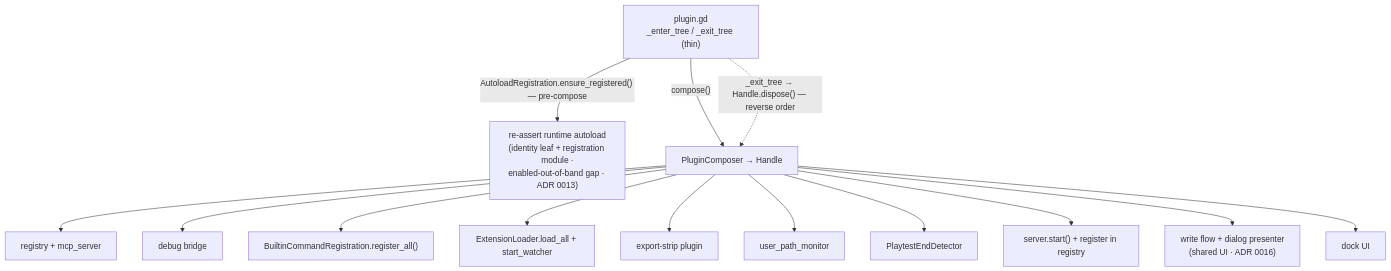
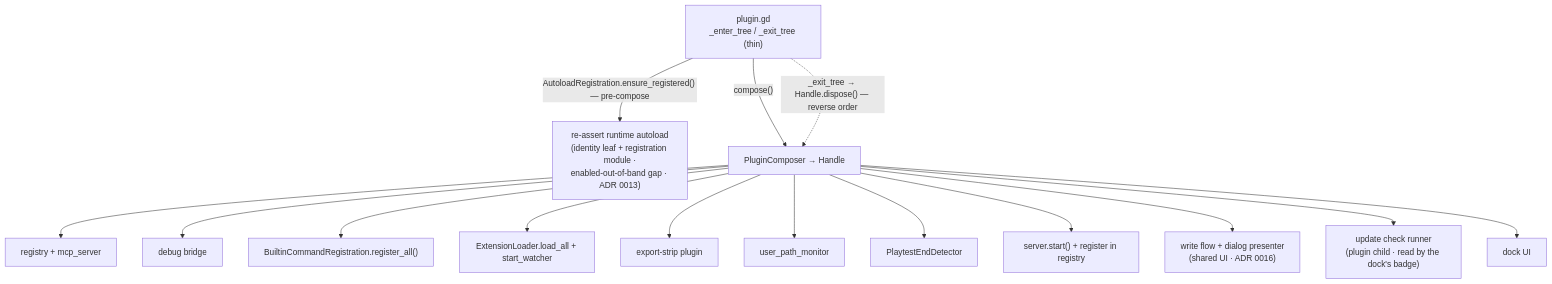
The tenth of 13 diagrams in docs/architecture/README.md (NPGameDev/godot-mcp-toolkit), drawn with Mermaid before and after one commit. The commit also changed other lines of this file and 21 other files, not shown here.

First line of the commit message:
feat(plugin): show a dock badge when a newer toolkit version is published

````diff
--- a/docs/architecture/README.md
+++ b/docs/architecture/README.md
@@ -498,17 +498,18 @@
 ```mermaid
 flowchart TD
     plugin["plugin.gd<br/>_enter_tree / _exit_tree (thin)"]
     plugin -->|"AutoloadRegistration.ensure_registered() — pre-compose"| heal["re-assert runtime autoload<br/>(identity leaf + registration module ·<br/>enabled-out-of-band gap · ADR 0013)"]
     plugin -->|"compose()"| composer["PluginComposer → Handle"]
     composer --> reg["registry + mcp_server"]
     composer --> bridge["debug bridge"]
     composer --> builtins["BuiltinCommandRegistration.register_all()"]
     composer --> ext["ExtensionLoader.load_all + start_watcher"]
     composer --> exp["export-strip plugin"]
     composer --> mon["user_path_monitor"]
     composer --> detect["PlaytestEndDetector"]
     composer --> start["server.start() + register in registry"]
     composer --> ui["write flow + dialog presenter<br/>(shared UI · ADR 0016)"]
+    composer --> upd["update check runner<br/>(plugin child · read by the dock's badge)"]
     composer --> dock["dock UI"]
     plugin -.->|"_exit_tree → Handle.dispose() — reverse order"| composer
 ```
````
